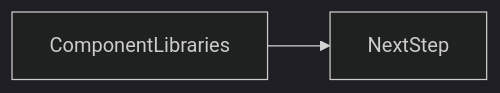
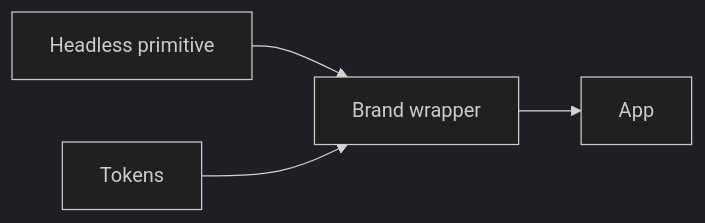
Before and after one commit to OmidJavaherii/Frontend-Engineering-Handbook: the second of 2 diagrams in docs/en/15-architecture/component-libraries/index.md, drawn with Mermaid (dark theme). The commit also changed other lines of this file and 461 other files, not shown here.

````diff
--- a/docs/en/15-architecture/component-libraries/index.md
+++ b/docs/en/15-architecture/component-libraries/index.md
@@ -95,4 +123,6 @@
 ```mermaid
 flowchart LR
-  concept[ComponentLibraries] --> nextStep[NextStep]
+  Radix[Headless primitive] --> Wrap[Brand wrapper]
+  Tokens --> Wrap
+  Wrap --> App
 ```
````
